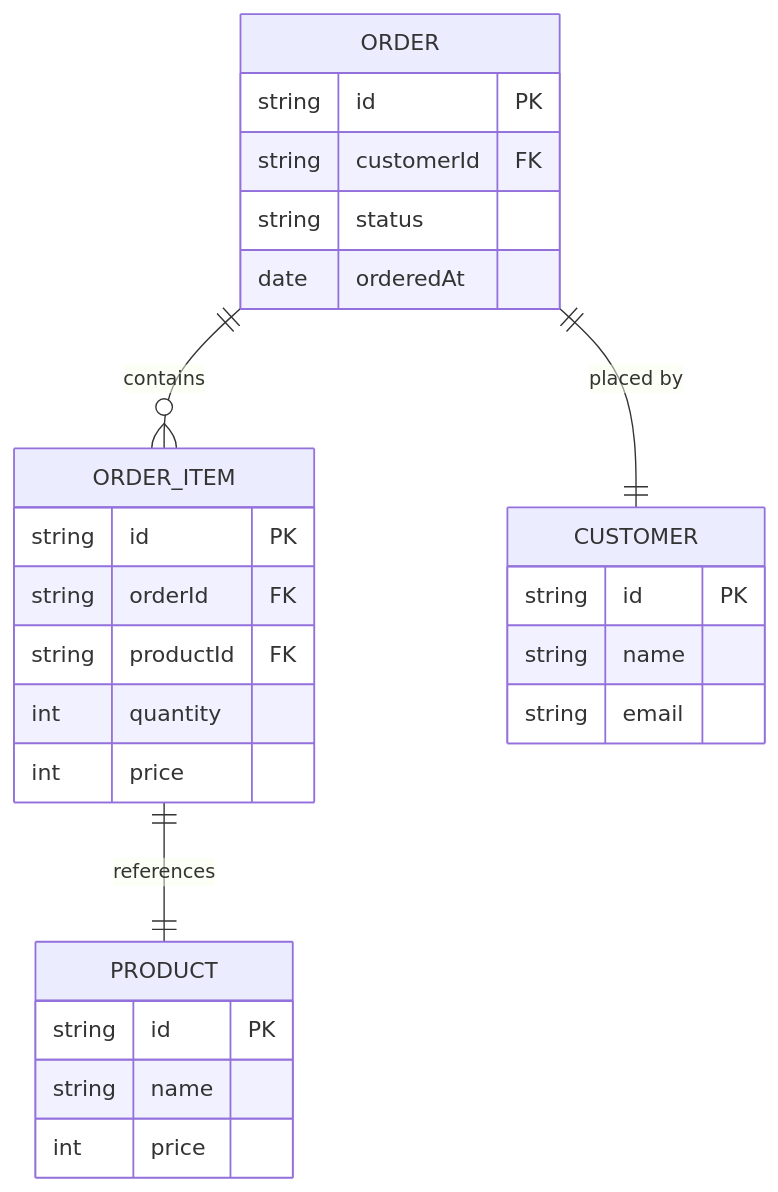
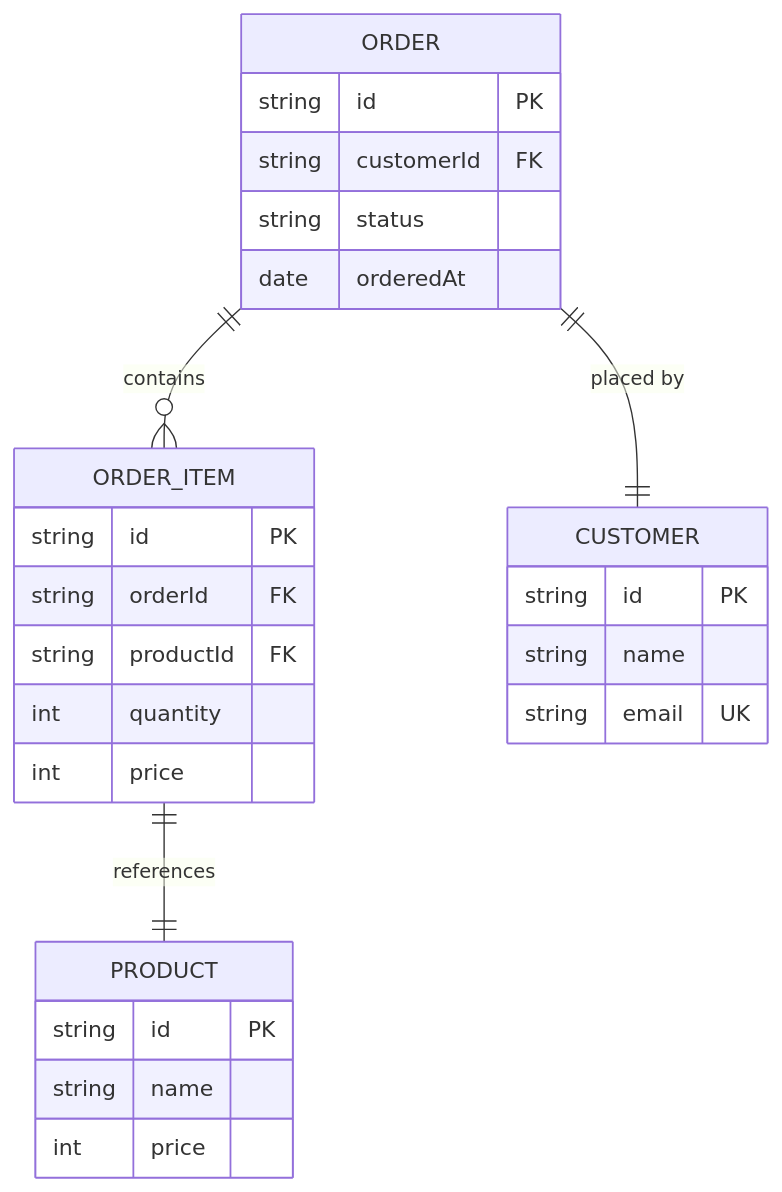
Before and after one commit to daidaiiro-519/has-udd: the second of 4 diagrams in .claude/skills/mermaid-guide/references/pattern-er.md, drawn with Mermaid. The commit also changed other lines of this file and 26 other files, not shown here.

````diff
--- a/.claude/skills/mermaid-guide/references/pattern-er.md
+++ b/.claude/skills/mermaid-guide/references/pattern-er.md
@@ -52,33 +203,33 @@
 ```mermaid
 erDiagram
     ORDER ||--o{ ORDER_ITEM : contains
     ORDER ||--|| CUSTOMER : "placed by"
     ORDER_ITEM ||--|| PRODUCT : references
 
     ORDER {
         string id PK
         string customerId FK
         string status
         date orderedAt
     }
 
     ORDER_ITEM {
         string id PK
         string orderId FK
         string productId FK
         int quantity
         int price
     }
 
     CUSTOMER {
         string id PK
         string name
-        string email
+        string email UK
     }
 
     PRODUCT {
         string id PK
         string name
         int price
     }
 ```
````
